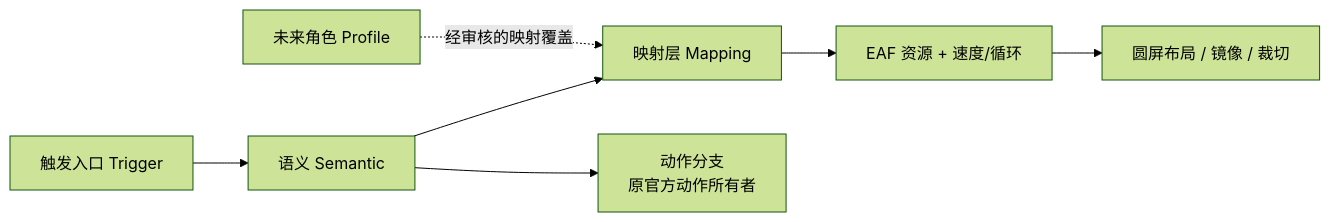
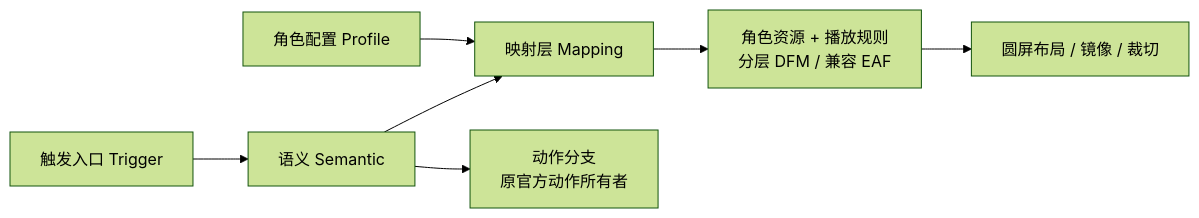
The second of 2 diagrams in docs/architecture.md (404-NOT-FOUND-ERROR/DeskBot-Hardware), drawn with Mermaid (forest theme) before and after one commit. The commit also changed other lines of this file and 1757 other files, not shown here.

````diff
--- a/docs/architecture.md
+++ b/docs/architecture.md
@@ -143,9 +259,9 @@
 ```mermaid
 flowchart LR
     T[触发入口 Trigger] --> S[语义 Semantic]
     S --> M[映射层 Mapping]
-    M --> A[EAF 资源 + 速度/循环]
+    M --> A[角色资源 + 播放规则\n分层 DFM / 兼容 EAF]
     A --> L[圆屏布局 / 镜像 / 裁切]
     S --> X[动作分支\n原官方动作所有者]
-    P[未来角色 Profile] -.经审核的映射覆盖.-> M
+    P[角色配置 Profile] --> M
 ```
````
